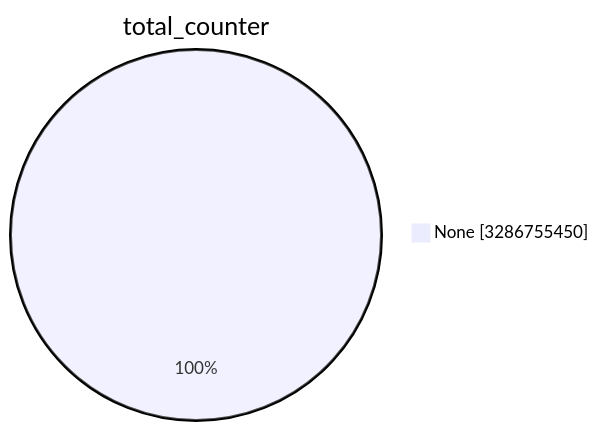
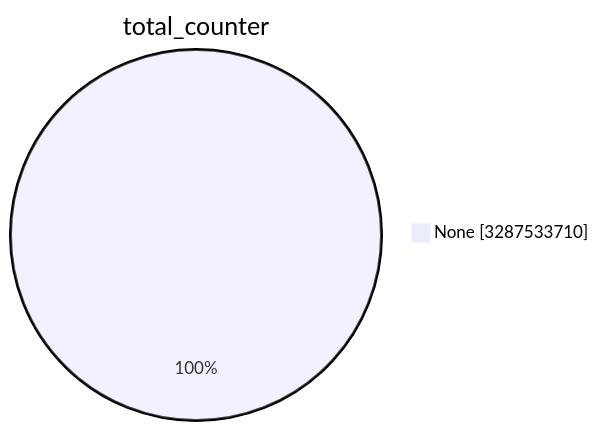
Before and after one commit to christiankrug/ctmonitor_visualization: the first of 15 diagrams in TOTAL/README.md, drawn with Mermaid. The commit also changed other lines of this file, not shown here.

````diff
--- a/TOTAL/README.md
+++ b/TOTAL/README.md
@@ -1,5 +1,5 @@
 ```mermaid
 pie showData
 title total_counter
-"None" :3286755450
+"None" :3287533710
 ```
````
